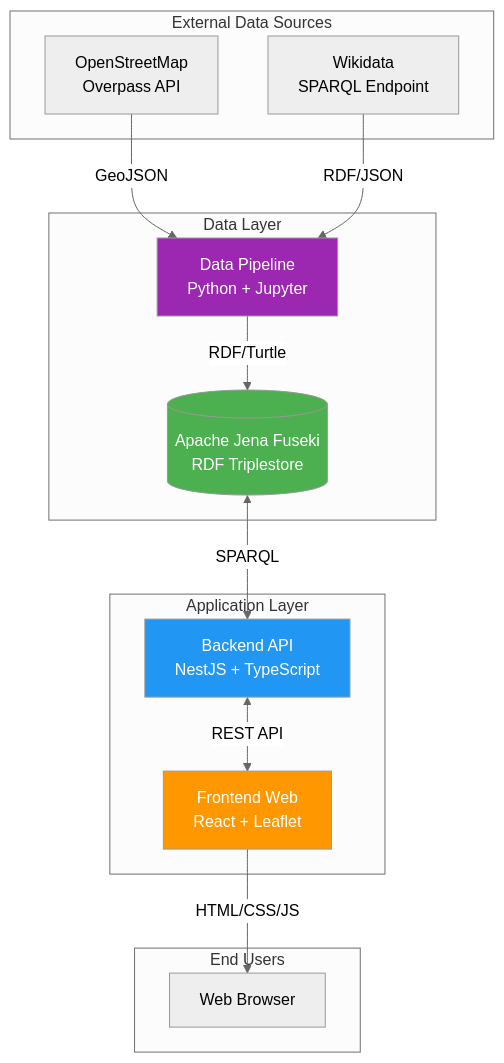
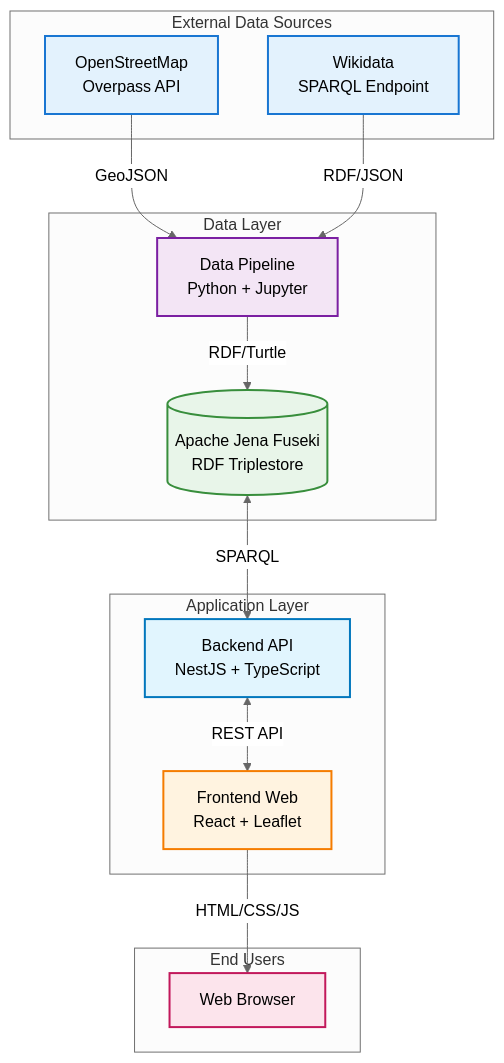
Before and after one commit to MFitHou/MFitHou-Documents: the first of 5 diagrams in docs/getting-started/architecture-overview.md, drawn with Mermaid (neutral theme). The commit also changed other lines of this file and 21 other files, not shown here.

````diff
--- a/docs/getting-started/architecture-overview.md
+++ b/docs/getting-started/architecture-overview.md
@@ -7,33 +7,36 @@
 ```mermaid
 graph TB
     subgraph "External Data Sources"
         OSM[OpenStreetMap<br/>Overpass API]
         WD[Wikidata<br/>SPARQL Endpoint]
     end
     
     subgraph "Data Layer"
         DP[Data Pipeline<br/>Python + Jupyter]
         FUSEKI[(Apache Jena Fuseki<br/>RDF Triplestore)]
     end
     
     subgraph "Application Layer"
         BE[Backend API<br/>NestJS + TypeScript]
         FE[Frontend Web<br/>React + Leaflet]
     end
     
     subgraph "End Users"
         USER[Web Browser]
     end
     
     OSM -->|GeoJSON| DP
     WD -->|RDF/JSON| DP
     DP -->|RDF/Turtle| FUSEKI
     FUSEKI <-->|SPARQL| BE
     BE <-->|REST API| FE
     FE -->|HTML/CSS/JS| USER
     
-    style FUSEKI fill:#4CAF50,color:#fff
-    style BE fill:#2196F3,color:#fff
-    style FE fill:#FF9800,color:#fff
-    style DP fill:#9C27B0,color:#fff
+    style OSM fill:#e3f2fd,stroke:#1976d2,stroke-width:2px,color:#000
+    style WD fill:#e3f2fd,stroke:#1976d2,stroke-width:2px,color:#000
+    style DP fill:#f3e5f5,stroke:#7b1fa2,stroke-width:2px,color:#000
+    style FUSEKI fill:#e8f5e9,stroke:#388e3c,stroke-width:2px,color:#000
+    style BE fill:#e1f5fe,stroke:#0277bd,stroke-width:2px,color:#000
+    style FE fill:#fff3e0,stroke:#f57c00,stroke-width:2px,color:#000
+    style USER fill:#fce4ec,stroke:#c2185b,stroke-width:2px,color:#000
 ```
````
